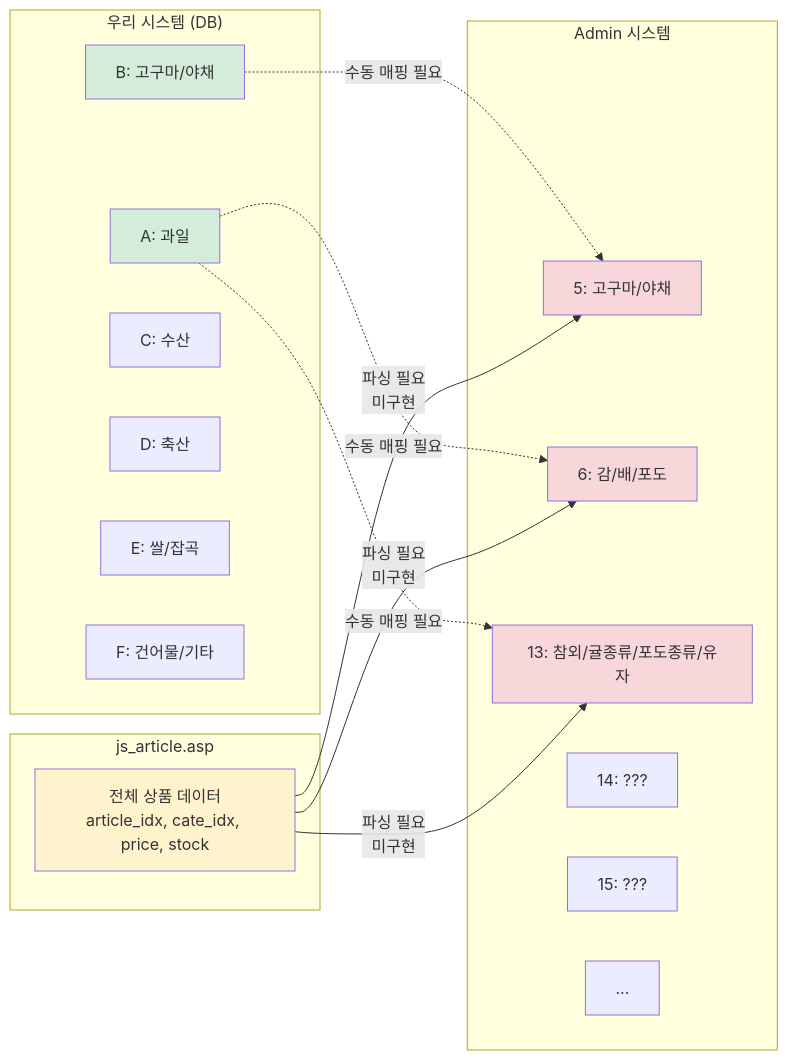
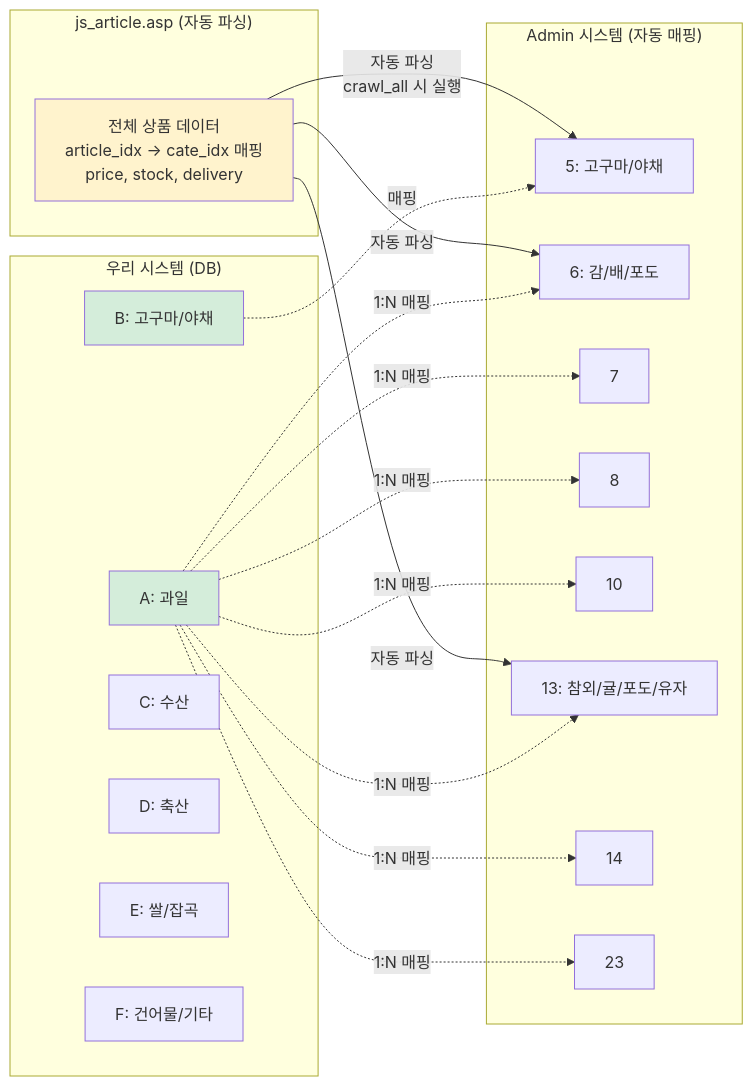
The eighth of 9 diagrams in PROJECT_DOCUMENTATION.md (Yejinius/Fruits_final), drawn with Mermaid before and after one commit. The commit also changed other lines of this file and 678 other files, not shown here.

````diff
--- a/PROJECT_DOCUMENTATION.md
+++ b/PROJECT_DOCUMENTATION.md
@@ -213,39 +366,43 @@
 ```mermaid
 graph LR
     subgraph "우리 시스템 (DB)"
         A[A: 과일]
         B[B: 고구마/야채]
         C[C: 수산]
         D[D: 축산]
         E[E: 쌀/잡곡]
         F[F: 건어물/기타]
     end
 
-    subgraph "Admin 시스템"
+    subgraph "Admin 시스템 (자동 매핑)"
         A5[5: 고구마/야채]
         A6[6: 감/배/포도]
-        A13[13: 참외/귤종류/포도종류/유자]
-        A14[14: ???]
-        A15[15: ???]
-        AMORE[...]
+        A7[7]
+        A8[8]
+        A10[10]
+        A13[13: 참외/귤/포도/유자]
+        A14[14]
+        A23[23]
     end
 
-    subgraph "js_article.asp"
-        JS[전체 상품 데이터<br/>article_idx, cate_idx, price, stock]
+    subgraph "js_article.asp (자동 파싱)"
+        JS[전체 상품 데이터<br/>article_idx → cate_idx 매핑<br/>price, stock, delivery]
     end
 
-    A -.->|수동 매핑 필요| A6
-    A -.->|수동 매핑 필요| A13
-    B -.->|수동 매핑 필요| A5
+    A -.->|1:N 매핑| A6
+    A -.->|1:N 매핑| A13
+    A -.->|1:N 매핑| A14
+    A -.->|1:N 매핑| A23
+    A -.->|1:N 매핑| A7
+    A -.->|1:N 매핑| A8
+    A -.->|1:N 매핑| A10
+    B -.->|매핑| A5
 
-    JS -->|파싱 필요<br/>미구현| A5
-    JS -->|파싱 필요<br/>미구현| A6
-    JS -->|파싱 필요<br/>미구현| A13
+    JS -->|자동 파싱<br/>crawl_all 시 실행| A5
+    JS -->|자동 파싱| A6
+    JS -->|자동 파싱| A13
 
     style A fill:#d4edda
     style B fill:#d4edda
-    style A5 fill:#f8d7da
-    style A6 fill:#f8d7da
-    style A13 fill:#f8d7da
     style JS fill:#fff3cd
 ```
````
